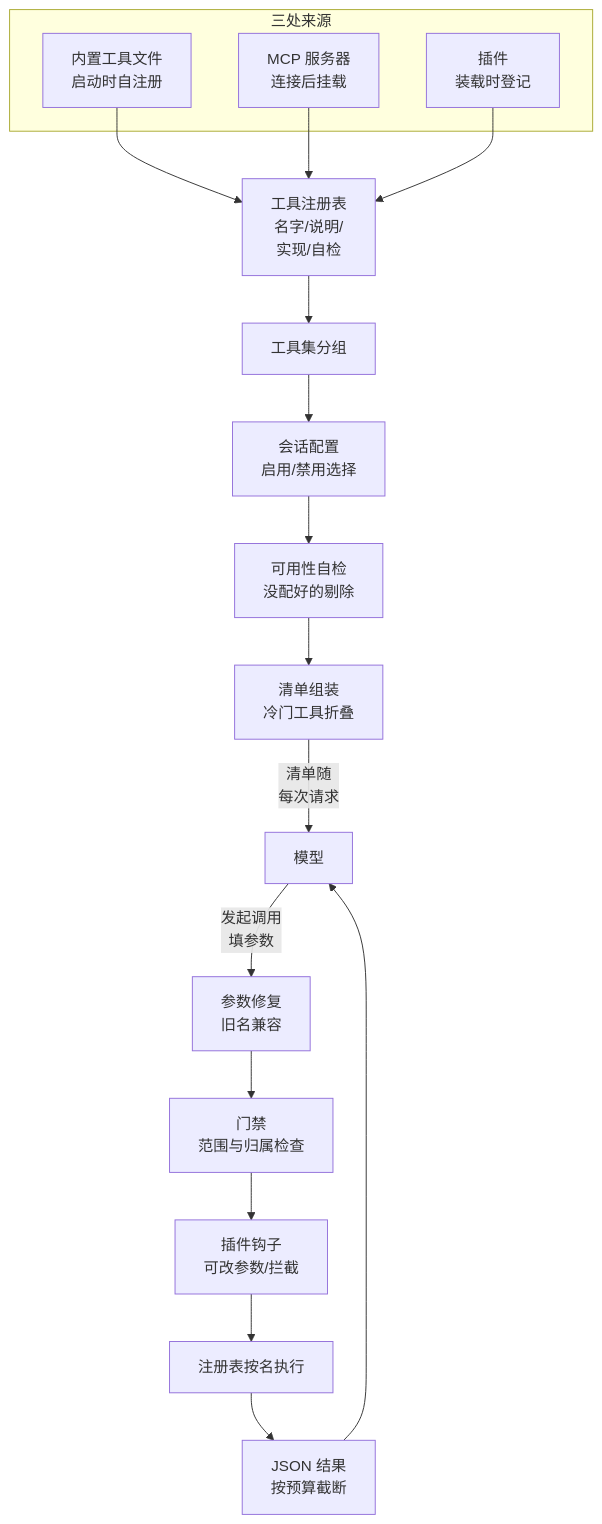
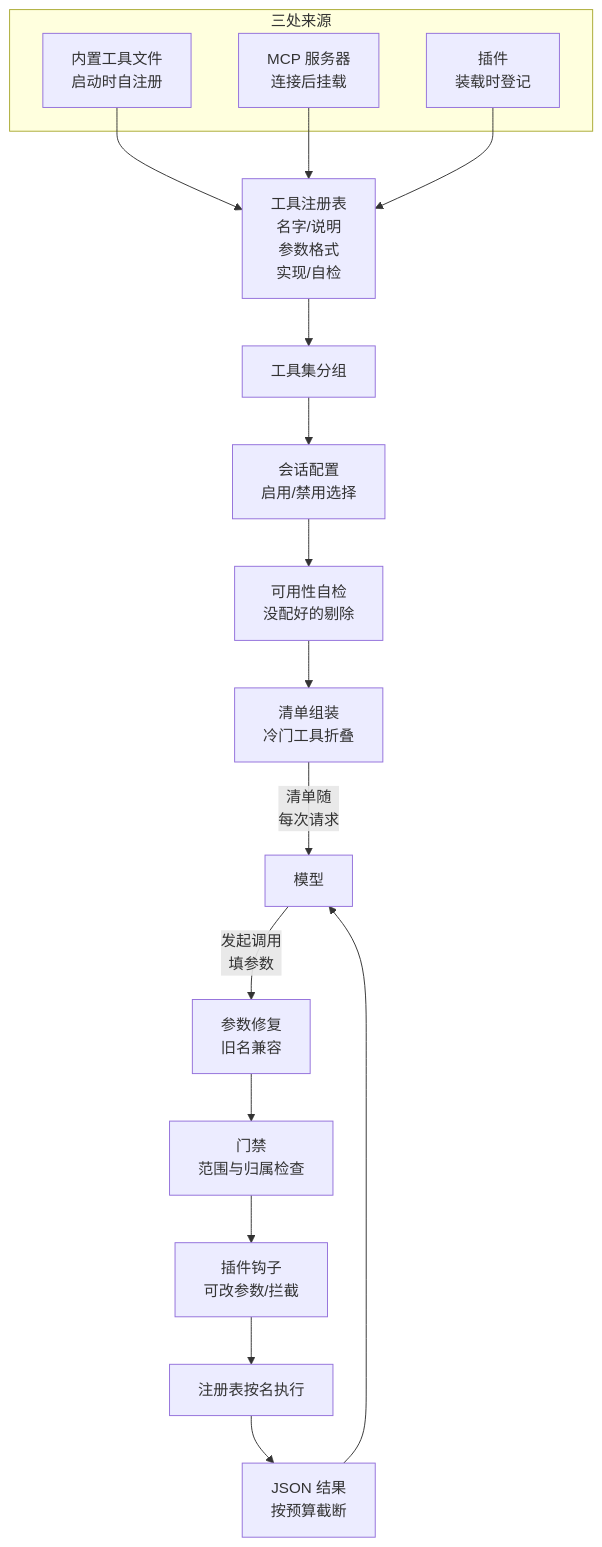
One commit to Mr-ZeLong/hermes-agent-analysis changed the diagram in docs/tool-system.md. Above: the diagram before and after it, drawn with Mermaid. The commit also changed other lines of this file, not shown here.

````diff
--- a/docs/tool-system.md
+++ b/docs/tool-system.md
@@ -25,25 +25,25 @@
 ```mermaid
 flowchart TD
     subgraph SRC[三处来源]
         BUILTIN[内置工具文件<br>启动时自注册]
         MCP[MCP 服务器<br>连接后挂载]
         PLG[插件<br>装载时登记]
     end
-    REG[工具注册表<br>名字/说明/<br>实现/自检]
+    REG[工具注册表<br>名字/说明<br>参数格式<br>实现/自检]
     TS[工具集分组]
     SEL[会话配置<br>启用/禁用选择]
     CHK[可用性自检<br>没配好的剔除]
     DEFS[清单组装<br>冷门工具折叠]
     MODEL[模型]
     FIX[参数修复<br>旧名兼容]
     GATE[门禁<br>范围与归属检查]
     HOOK[插件钩子<br>可改参数/拦截]
     DISP[注册表按名执行]
     RES[JSON 结果<br>按预算截断]
     BUILTIN --> REG
     MCP --> REG
     PLG --> REG
     REG --> TS --> SEL --> CHK --> DEFS
     DEFS -->|清单随<br>每次请求| MODEL
     MODEL -->|发起调用<br>填参数| FIX --> GATE --> HOOK --> DISP --> RES --> MODEL
 ```
````
